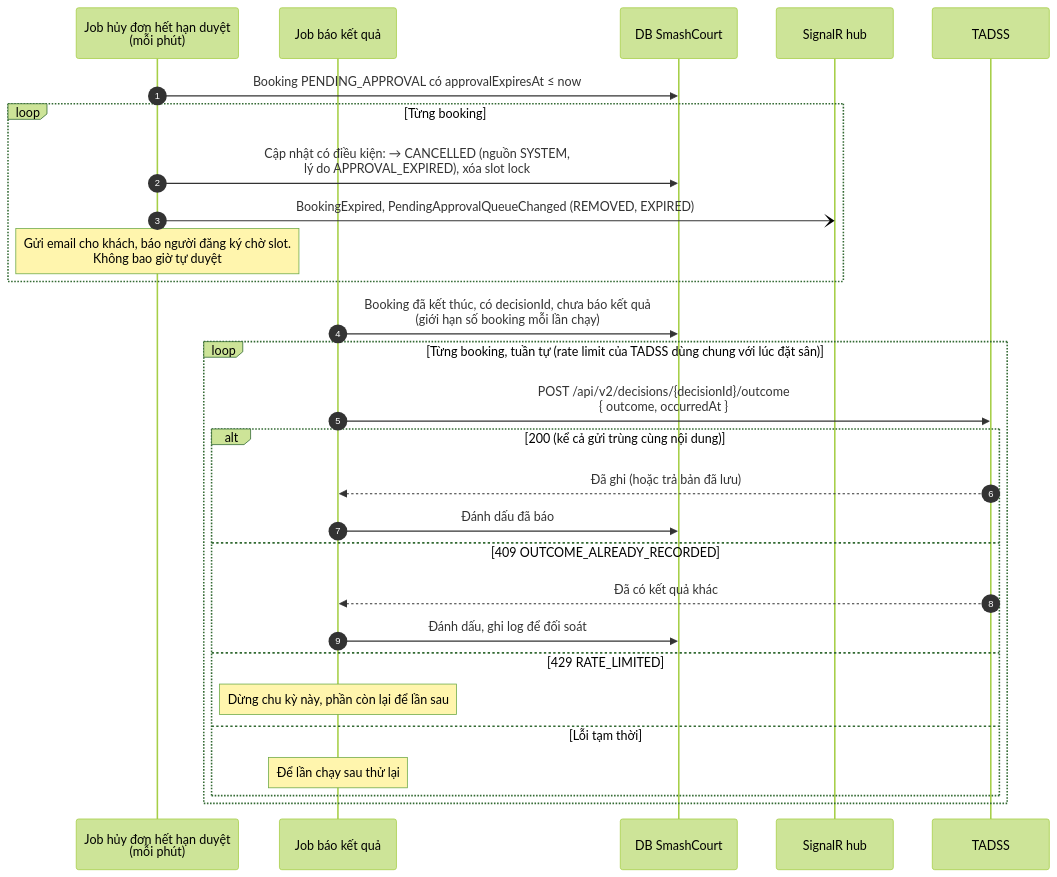
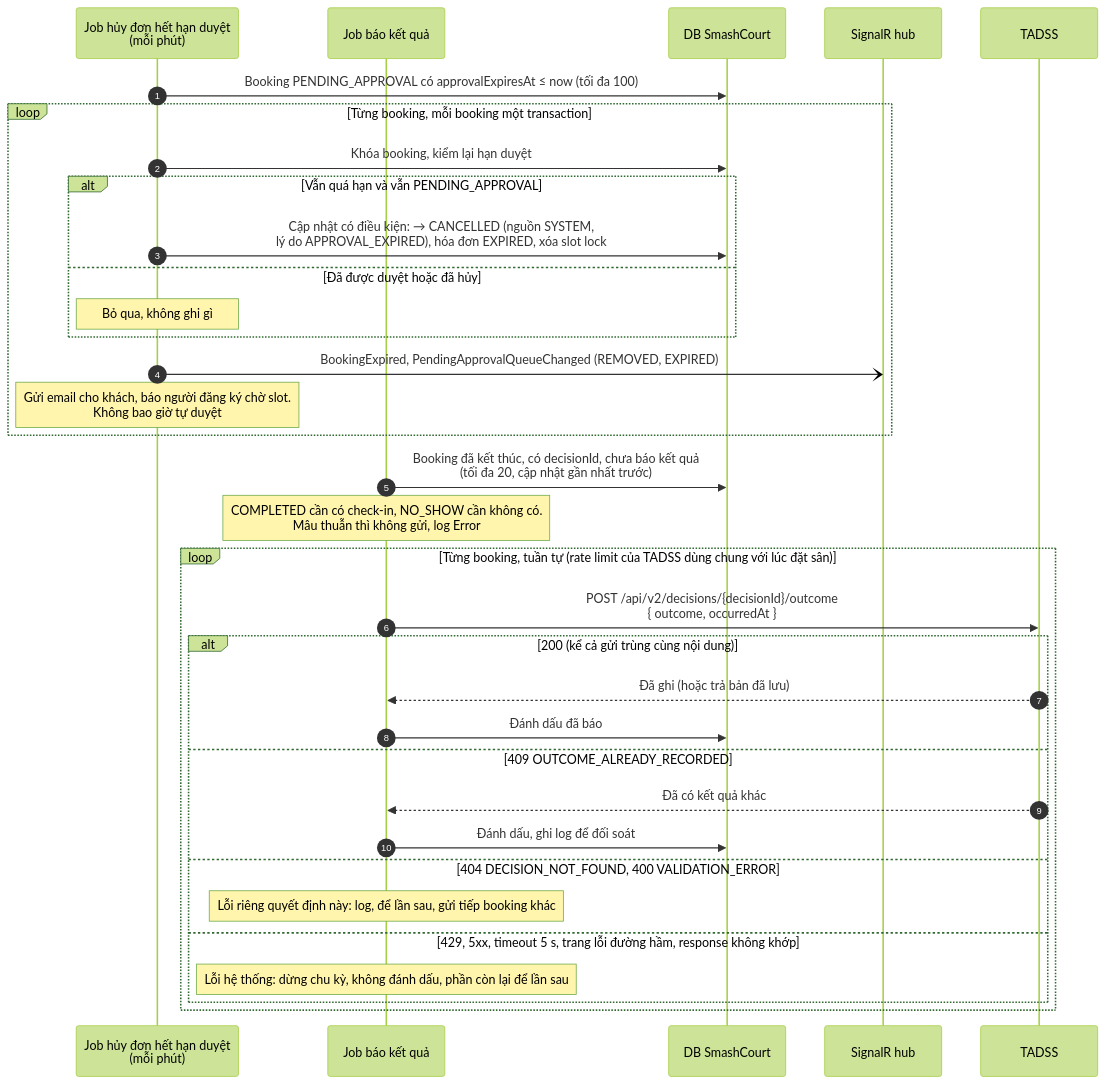
One commit to NguyenThanhTrung-N2T/TrustworthyAdaptiveDecisionSupportSystem-TADSS changed the fourth of 6 diagrams in docs/report/SEQUENCE_DIAGRAMS.md. Above: the diagram before and after it, drawn with Mermaid (forest theme). The commit also changed 12 other files, not shown here.

````diff
--- a/docs/report/SEQUENCE_DIAGRAMS.md
+++ b/docs/report/SEQUENCE_DIAGRAMS.md
@@ -203,32 +203,38 @@
 ```mermaid
 sequenceDiagram
     autonumber
     participant J1 as Job hủy đơn hết hạn duyệt<br/>(mỗi phút)
     participant J2 as Job báo kết quả
     participant DB as DB SmashCourt
     participant H as SignalR hub
     participant T as TADSS
 
-    J1->>DB: Booking PENDING_APPROVAL có approvalExpiresAt ≤ now
-    loop Từng booking
-        J1->>DB: Cập nhật có điều kiện: → CANCELLED (nguồn SYSTEM,<br/>lý do APPROVAL_EXPIRED), xóa slot lock
+    J1->>DB: Booking PENDING_APPROVAL có approvalExpiresAt ≤ now (tối đa 100)
+    loop Từng booking, mỗi booking một transaction
+        J1->>DB: Khóa booking, kiểm lại hạn duyệt
+        alt Vẫn quá hạn và vẫn PENDING_APPROVAL
+            J1->>DB: Cập nhật có điều kiện: → CANCELLED (nguồn SYSTEM,<br/>lý do APPROVAL_EXPIRED), hóa đơn EXPIRED, xóa slot lock
+        else Đã được duyệt hoặc đã hủy
+            Note over J1: Bỏ qua, không ghi gì
+        end
         J1-)H: BookingExpired, PendingApprovalQueueChanged (REMOVED, EXPIRED)
         Note over J1: Gửi email cho khách, báo người đăng ký chờ slot.<br/>Không bao giờ tự duyệt
     end
 
-    J2->>DB: Booking đã kết thúc, có decisionId, chưa báo kết quả<br/>(giới hạn số booking mỗi lần chạy)
+    J2->>DB: Booking đã kết thúc, có decisionId, chưa báo kết quả<br/>(tối đa 20, cập nhật gần nhất trước)
+    Note over J2: COMPLETED cần có check-in, NO_SHOW cần không có.<br/>Mâu thuẫn thì không gửi, log Error
     loop Từng booking, tuần tự (rate limit của TADSS dùng chung với lúc đặt sân)
         J2->>T: POST /api/v2/decisions/{decisionId}/outcome<br/>{ outcome, occurredAt }
         alt 200 (kể cả gửi trùng cùng nội dung)
             T-->>J2: Đã ghi (hoặc trả bản đã lưu)
             J2->>DB: Đánh dấu đã báo
         else 409 OUTCOME_ALREADY_RECORDED
             T-->>J2: Đã có kết quả khác
             J2->>DB: Đánh dấu, ghi log để đối soát
-        else 429 RATE_LIMITED
-            Note over J2: Dừng chu kỳ này, phần còn lại để lần sau
-        else Lỗi tạm thời
-            Note over J2: Để lần chạy sau thử lại
+        else 404 DECISION_NOT_FOUND, 400 VALIDATION_ERROR
+            Note over J2: Lỗi riêng quyết định này: log, để lần sau, gửi tiếp booking khác
+        else 429, 5xx, timeout 5 s, trang lỗi đường hầm, response không khớp
+            Note over J2: Lỗi hệ thống: dừng chu kỳ, không đánh dấu, phần còn lại để lần sau
         end
     end
 ```
````
